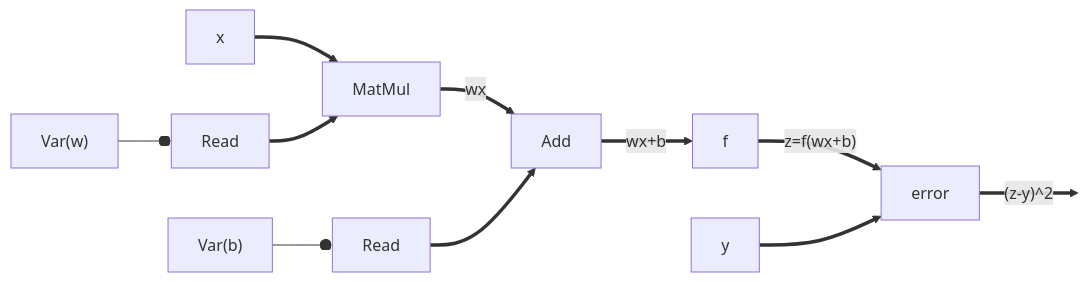
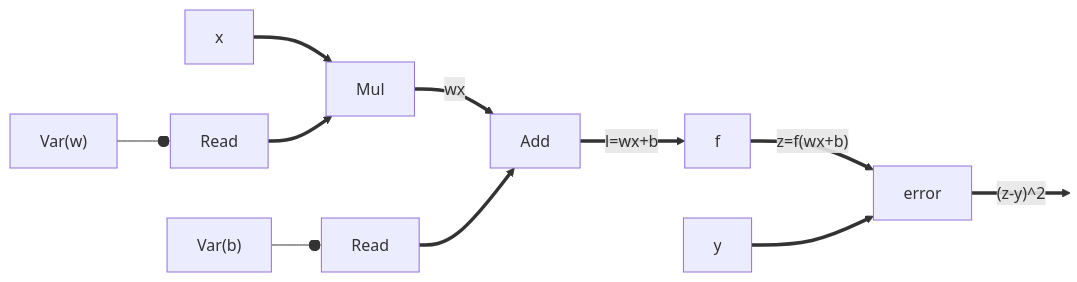
One commit to codenet/col733-cloud changed the first of 3 diagrams in compute-tf.md. Above: the diagram before and after it, drawn with Mermaid. The commit also changed other lines of this file and 1 other file, not shown here.

````diff
--- a/compute-tf.md
+++ b/compute-tf.md
@@ -9,21 +9,21 @@
 ```mermaid
 graph LR
   w["Var(w)"]
 	wr[Read]
   b["Var(b)"]
 	br[Read]
 
-	x ==> MatMul
+	x ==> Mul
 	w --o wr
-	wr ==> MatMul
-	MatMul ==> |wx| Add
+	wr ==> Mul
+	Mul ==> |wx| Add
 	b --o br
 	br ==> Add
 
-	Add ==> |wx+b| f
+	Add ==> |l=wx+b| f
 	f ==> |"z=f(wx+b)"| error
 	y ==> error
 	error ==> |"(z-y)^2"| A:::hidden
 
 	classDef hidden display: none;
 ```
````
